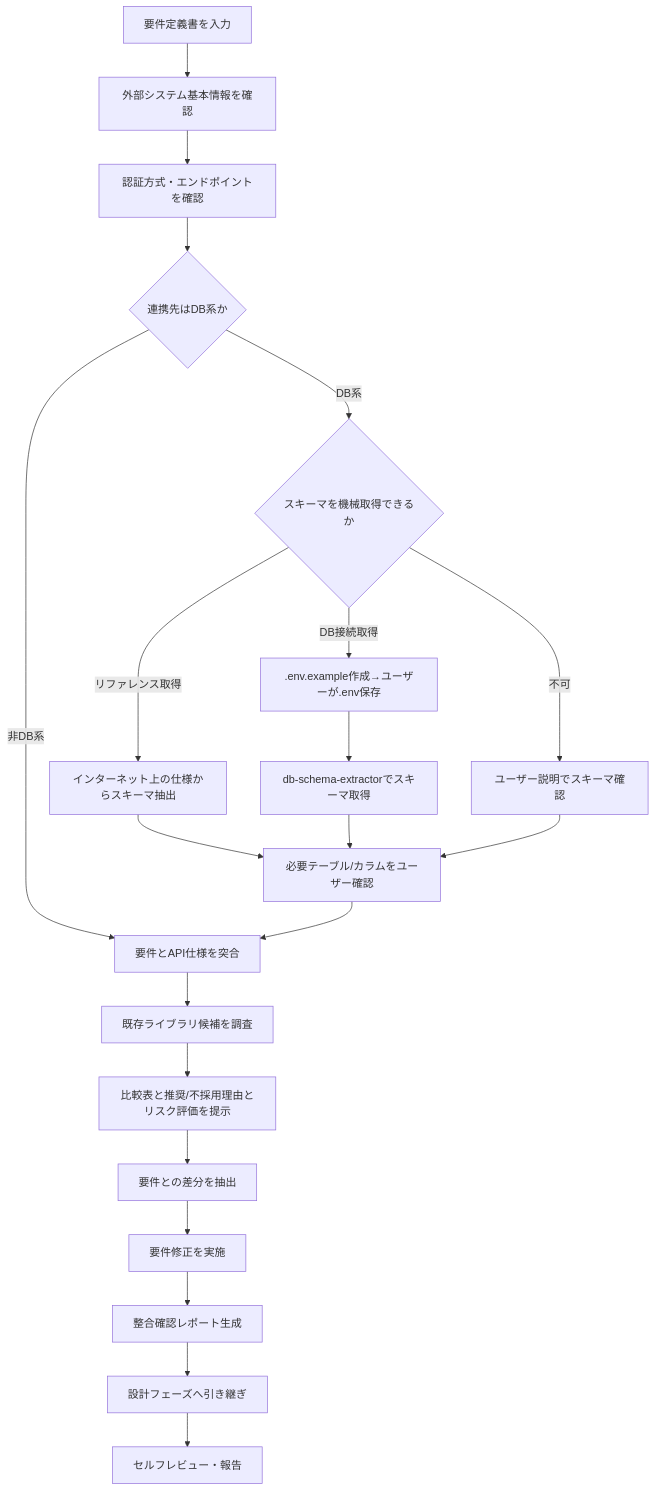
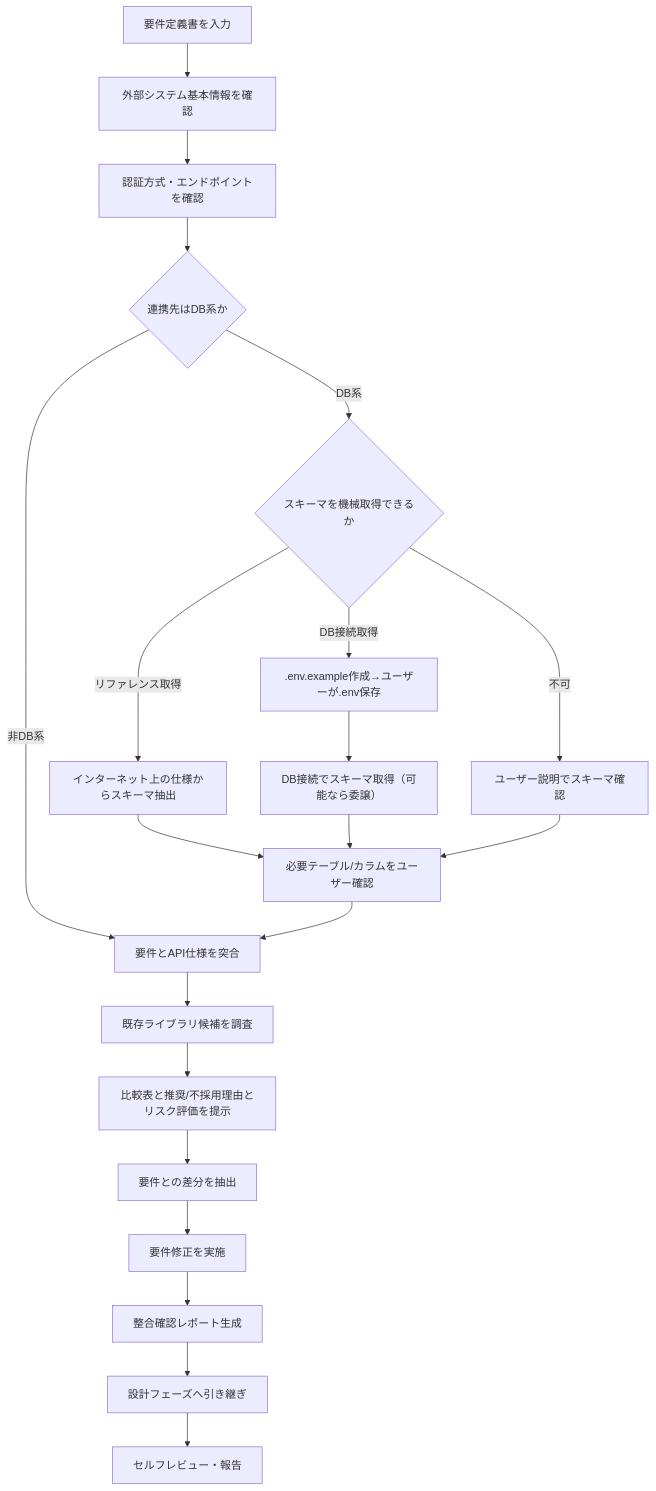
Before and after one commit to notfolder/isdd: the diagram in skills/isdd-external-research/SKILL.md, drawn with Mermaid. The commit also changed other lines of this file and 8 other files, not shown here.

````diff
--- a/skills/isdd-external-research/SKILL.md
+++ b/skills/isdd-external-research/SKILL.md
@@ -44,23 +49,23 @@
 ```mermaid
 graph TD
     A[要件定義書を入力] --> B[外部システム基本情報を確認]
     B --> C[認証方式・エンドポイントを確認]
     C --> D{連携先はDB系か}
     D -->|非DB系| E[要件とAPI仕様を突合]
     D -->|DB系| F{スキーマを機械取得できるか}
     F -->|リファレンス取得| G[インターネット上の仕様からスキーマ抽出]
     F -->|DB接続取得| H[.env.example作成→ユーザーが.env保存]
-    H --> I[db-schema-extractorでスキーマ取得]
+    H --> I[DB接続でスキーマ取得（可能なら委譲）]
     F -->|不可| J[ユーザー説明でスキーマ確認]
     G --> K[必要テーブル/カラムをユーザー確認]
     I --> K
     J --> K
     K --> E
     E --> L[既存ライブラリ候補を調査]
     L --> M[比較表と推奨/不採用理由とリスク評価を提示]
     M --> N[要件との差分を抽出]
     N --> O[要件修正を実施]
     O --> P[整合確認レポート生成]
     P --> Q[設計フェーズへ引き継ぎ]
     Q --> R[セルフレビュー・報告]
 ```
````
